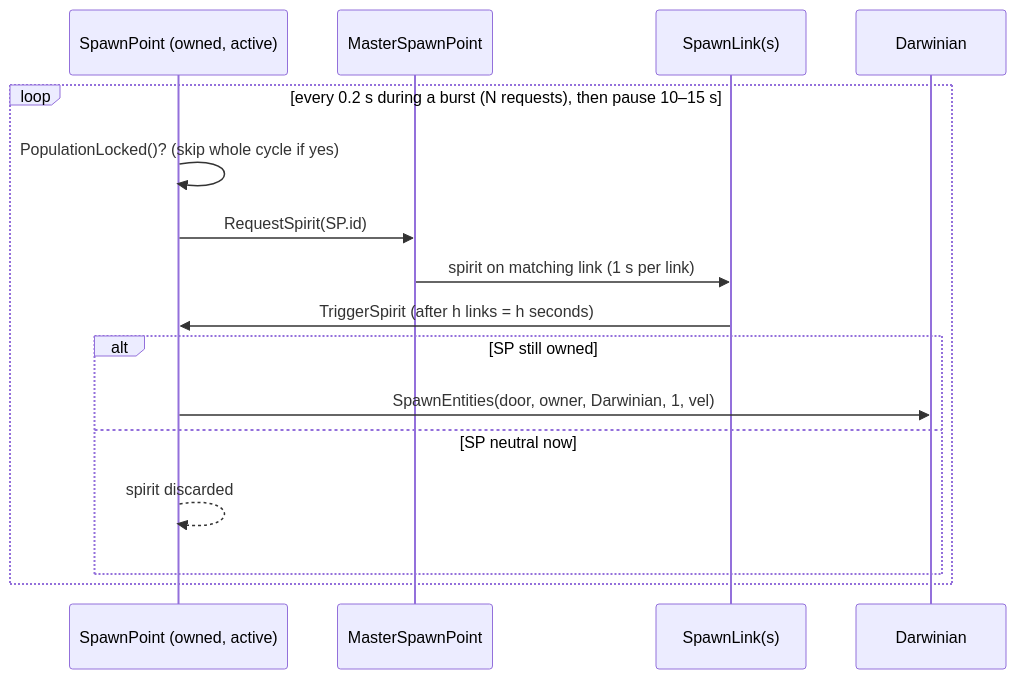
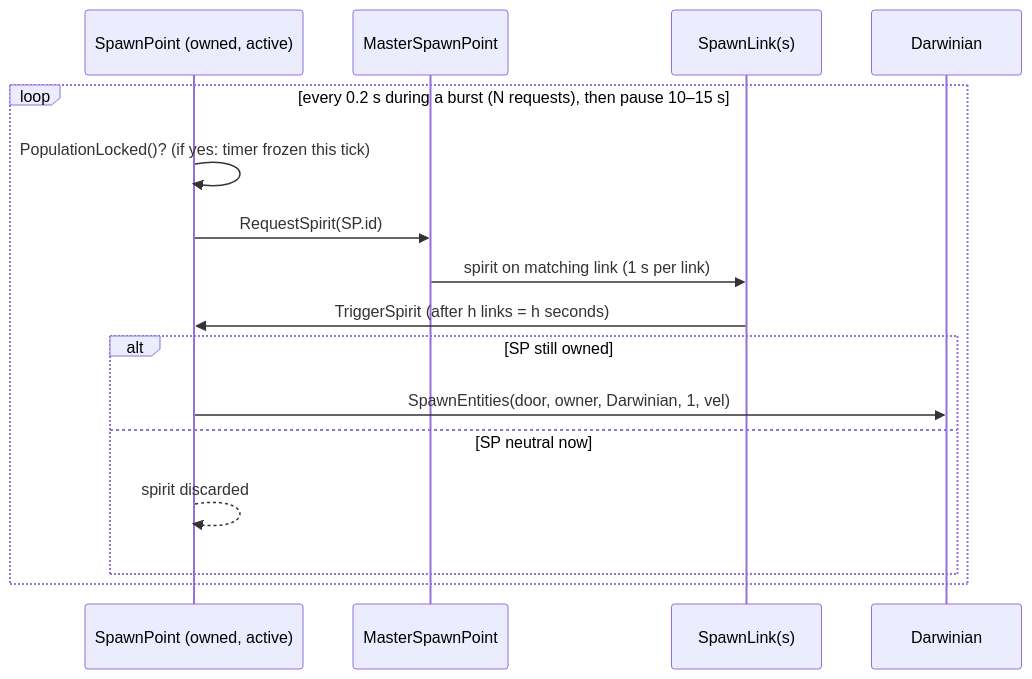
Before and after one commit to Zwaliebaba/Species.AI: the ninth of 9 diagrams in design/_work/drafts/P06_buildings_core.md, drawn with Mermaid. The commit also changed other lines of this file and 8 other files, not shown here.

````diff
--- a/design/_work/drafts/P06_buildings_core.md
+++ b/design/_work/drafts/P06_buildings_core.md
@@ -852,18 +852,18 @@
 ```mermaid
 sequenceDiagram
     participant SP as SpawnPoint (owned, active)
     participant M as MasterSpawnPoint
     participant L as SpawnLink(s)
     participant D as Darwinian
     loop every 0.2 s during a burst (N requests), then pause 10–15 s
-        SP->>SP: PopulationLocked()? (skip whole cycle if yes)
+        SP->>SP: PopulationLocked()? (if yes: timer frozen this tick)
         SP->>M: RequestSpirit(SP.id)
         M->>L: spirit on matching link (1 s per link)
         L->>SP: TriggerSpirit (after h links = h seconds)
         alt SP still owned
             SP->>D: SpawnEntities(door, owner, Darwinian, 1, vel)
         else SP neutral now
             SP-->>SP: spirit discarded
         end
     end
 ```
````
